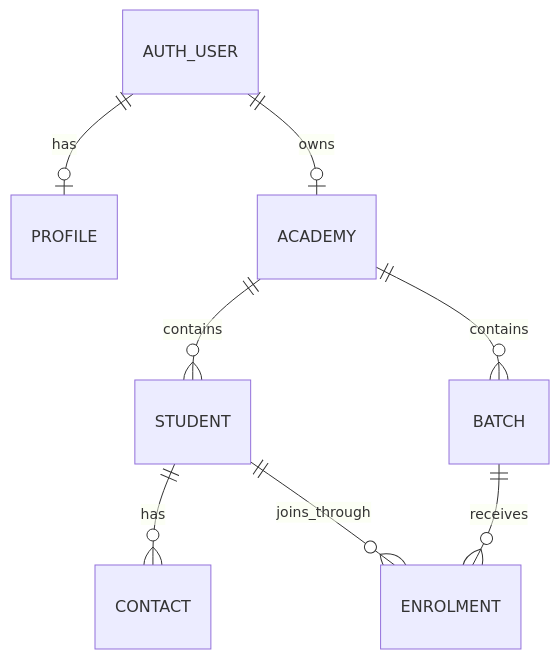
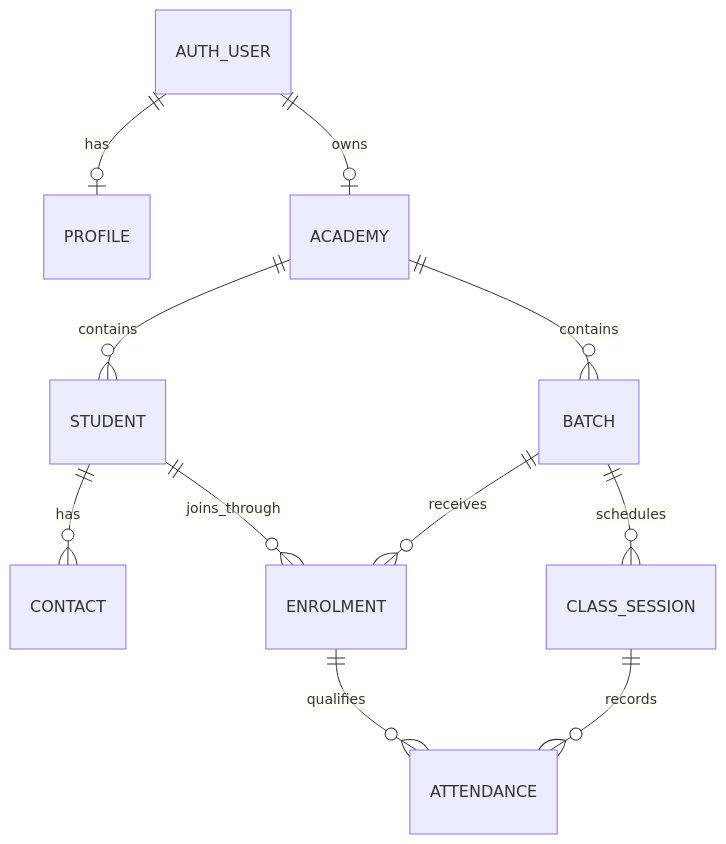
Before and after one commit to appsworld2027/Parent-plus-: the sixth of 8 diagrams in docs/ARCHITECTURE.md, drawn with Mermaid. The commit also changed other lines of this file and 34 other files, not shown here.

````diff
--- a/docs/ARCHITECTURE.md
+++ b/docs/ARCHITECTURE.md
@@ -152,10 +185,13 @@
 ```mermaid
 erDiagram
     AUTH_USER ||--o| PROFILE : has
     AUTH_USER ||--o| ACADEMY : owns
     ACADEMY ||--o{ STUDENT : contains
     ACADEMY ||--o{ BATCH : contains
     STUDENT ||--o{ CONTACT : has
     STUDENT ||--o{ ENROLMENT : joins_through
     BATCH ||--o{ ENROLMENT : receives
+    BATCH ||--o{ CLASS_SESSION : schedules
+    CLASS_SESSION ||--o{ ATTENDANCE : records
+    ENROLMENT ||--o{ ATTENDANCE : qualifies
 ```
````
